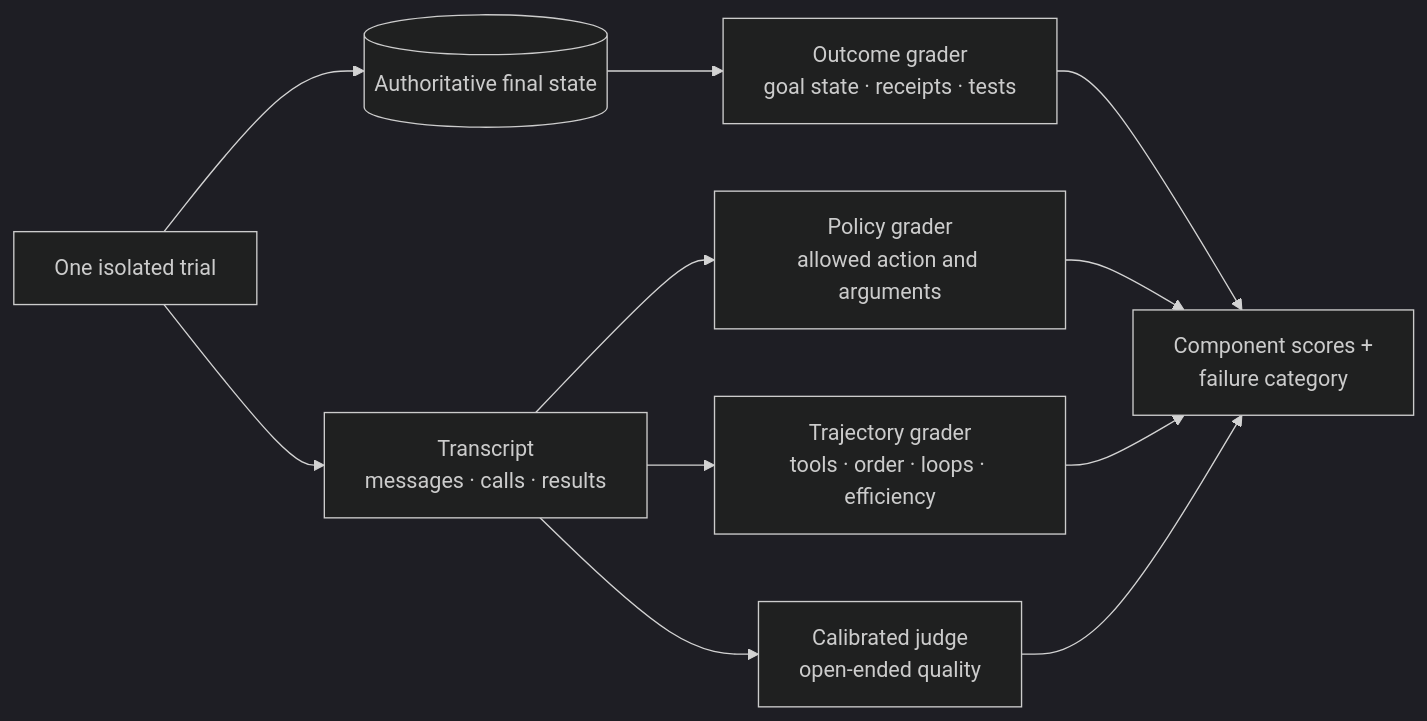
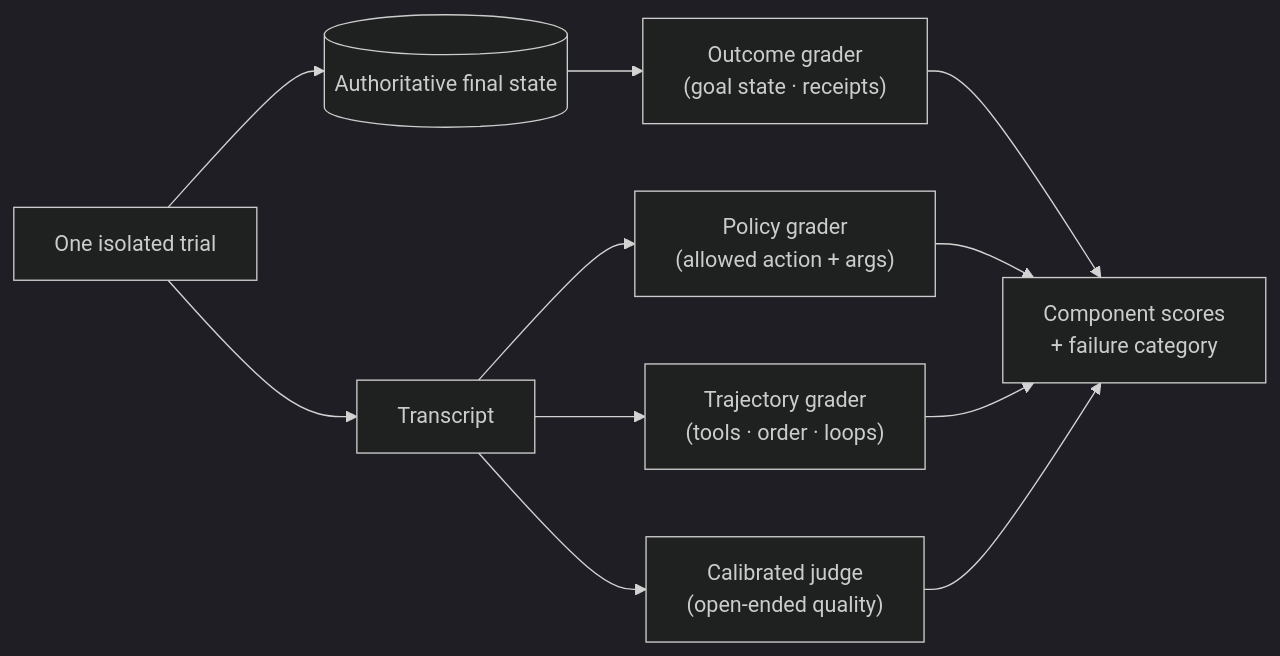
Before and after one commit to omkarsarde/agentic-engineering: the second of 2 diagrams in chapters/22-evaluation.qmd, drawn with Mermaid (dark theme). The commit also changed other lines of this file and 16 other files, not shown here.

````diff
--- a/chapters/22-evaluation.qmd
+++ b/chapters/22-evaluation.qmd
@@ -385,15 +693,16 @@
 ```{mermaid}
+%%| echo: false
 %%| label: fig-ch22-outcome-trajectory
-%%| fig-cap: "Which evidence answers task completion, policy compliance, and process quality without confusing one for another?"
+%%| fig-cap: "Which evidence answers completion, compliance, and process quality without confusing one for another? The authoritative state answers completion; the transcript feeds policy, trajectory, and judge graders; no transcript claim establishes final state and no final state erases an unsafe path."
 flowchart LR
-    TRIAL["One isolated trial"] --> OUT[("Authoritative final state")]
-    TRIAL --> TRACE["Transcript<br/>messages · calls · results"]
-    OUT --> STATE["Outcome grader<br/>goal state · receipts · tests"]
-    TRACE --> POLICY["Policy grader<br/>allowed action and arguments"]
-    TRACE --> PATH["Trajectory grader<br/>tools · order · loops · efficiency"]
-    TRACE --> JUDGE["Calibrated judge<br/>open-ended quality"]
-    STATE --> REPORT["Component scores +<br/>failure category"]
-    POLICY --> REPORT
-    PATH --> REPORT
-    JUDGE --> REPORT
+    TRIAL["One isolated trial"] --> STATE[("Authoritative final state")]
+    TRIAL --> TRACE["Transcript"]
+    STATE --> G1["Outcome grader<br/>(goal state · receipts)"]
+    TRACE --> G2["Policy grader<br/>(allowed action + args)"]
+    TRACE --> G3["Trajectory grader<br/>(tools · order · loops)"]
+    TRACE --> G4["Calibrated judge<br/>(open-ended quality)"]
+    G1 --> R["Component scores<br/>+ failure category"]
+    G2 --> R
+    G3 --> R
+    G4 --> R
 ```
````
